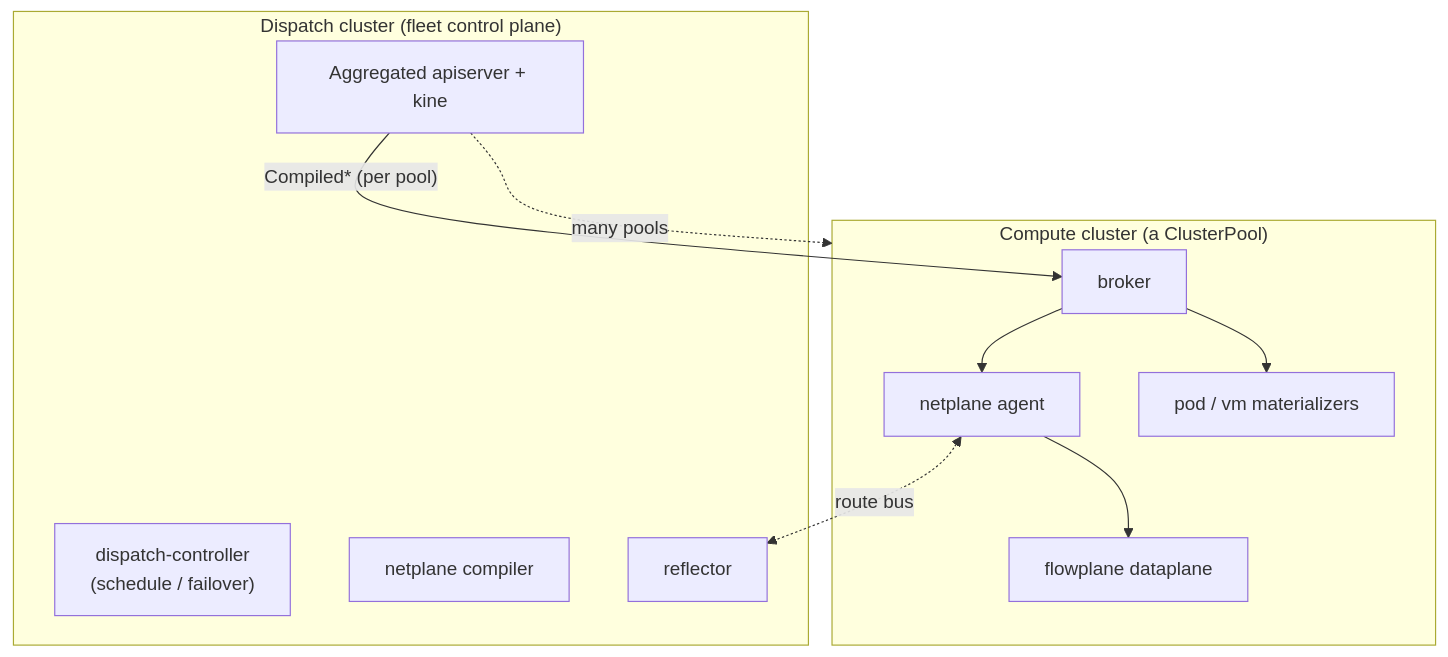
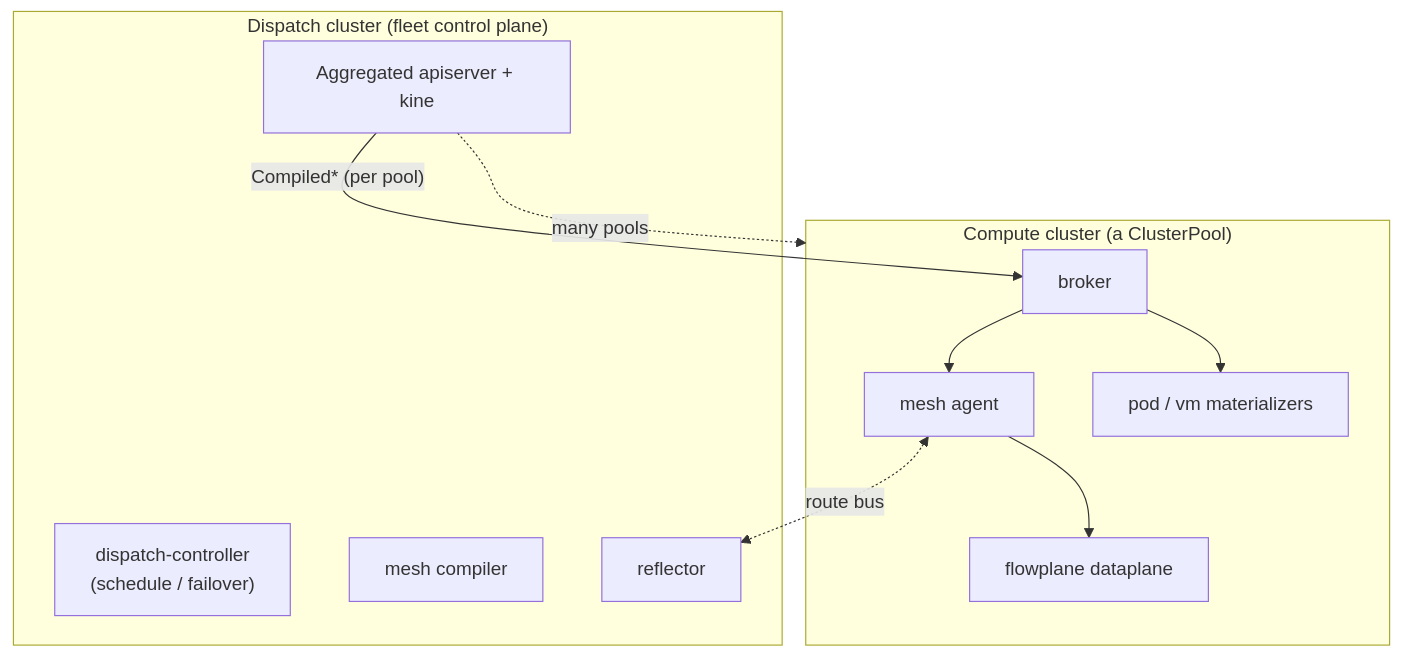
Before and after one commit to trevex/ectobase: the diagram in README.md, drawn with Mermaid. The commit also changed other lines of this file and 197 other files, not shown here.

First line of the commit message:
refactor: rename subproject netplane -> mesh

````diff
--- a/README.md
+++ b/README.md
@@ -11,21 +11,21 @@
 ```mermaid
 flowchart TB
   subgraph dispatch["Dispatch cluster (fleet control plane)"]
     api["Aggregated apiserver + kine"]
     ctl["dispatch-controller<br/>(schedule / failover)"]
-    cmp["netplane compiler"]
+    cmp["mesh compiler"]
     rfl["reflector"]
   end
   subgraph pool["Compute cluster (a ClusterPool)"]
     brk["broker"]
-    agt["netplane agent"]
+    agt["mesh agent"]
     mat["pod / vm materializers"]
     dp["flowplane dataplane"]
   end
   api -- "Compiled* (per pool)" --> brk
   brk --> mat
   brk --> agt
   agt --> dp
   agt <-. "route bus" .-> rfl
   api -. "many pools" .-> pool
 ```
````
